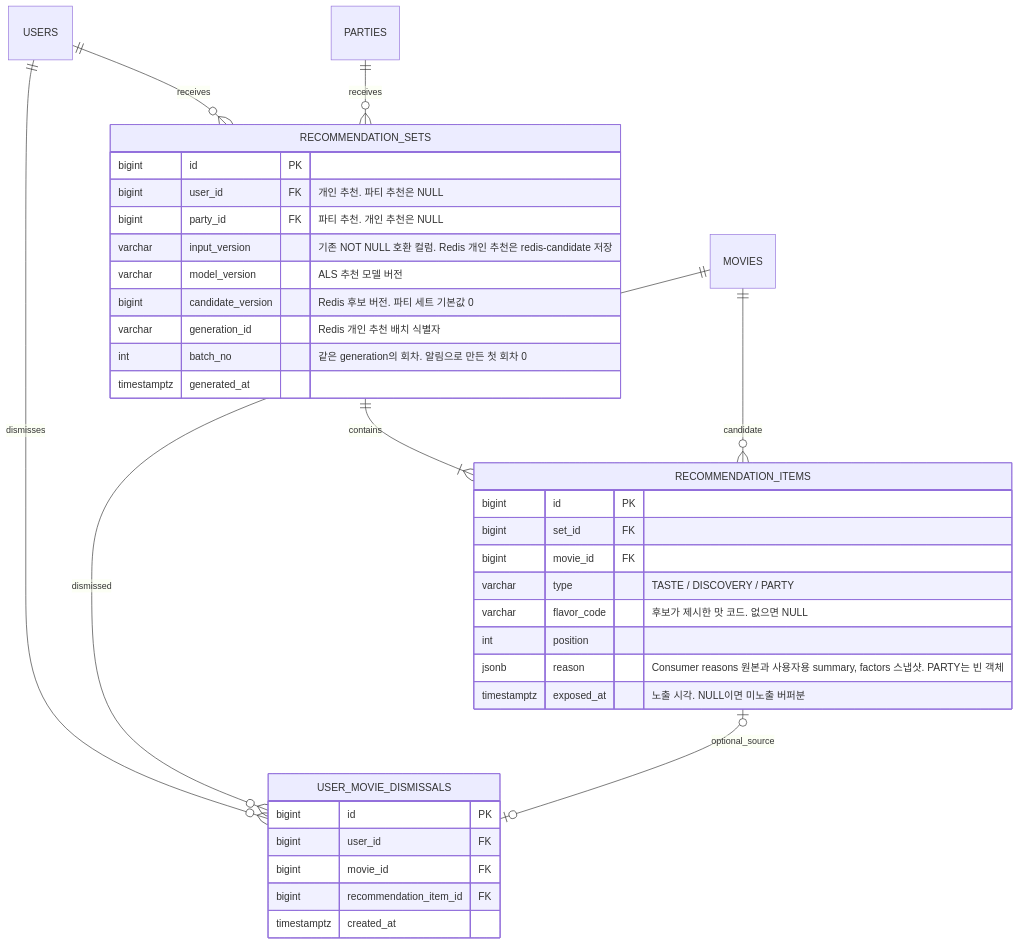
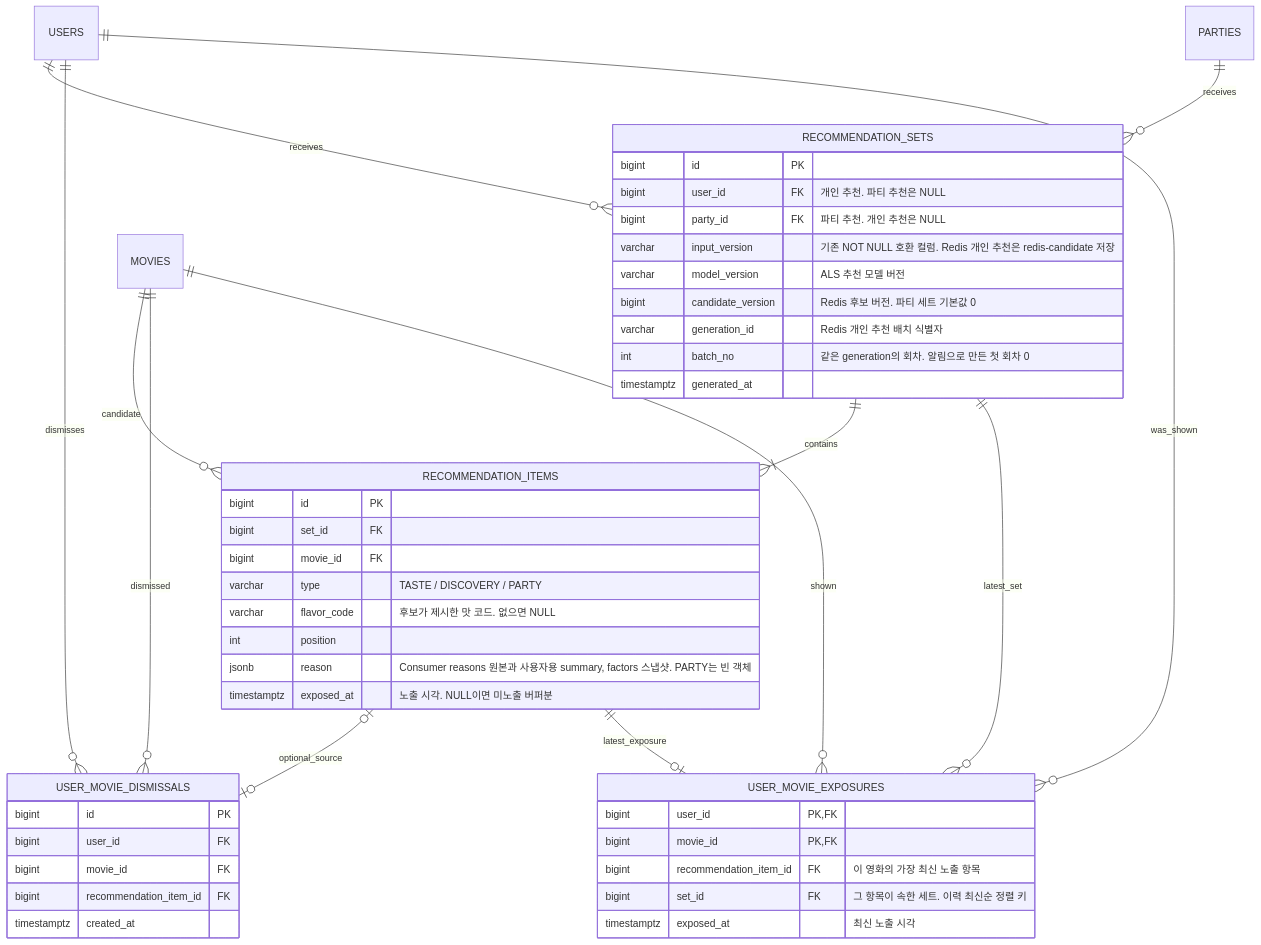
One commit to koongya-studio/feelm changed the fifth of 8 diagrams in docs/erd.md. Above: the diagram before and after it, drawn with Mermaid. The commit also changed other lines of this file and 4 other files, not shown here.

Commit message:
[S15P21E106-751] feat(be): 추천 이력 정본 테이블 user_movie_exposures 신설·백필

````diff
--- a/docs/erd.md
+++ b/docs/erd.md
@@ -347,39 +347,50 @@
 ```mermaid
 erDiagram
     RECOMMENDATION_SETS {
         bigint id PK
         bigint user_id FK "개인 추천. 파티 추천은 NULL"
         bigint party_id FK "파티 추천. 개인 추천은 NULL"
         varchar input_version "기존 NOT NULL 호환 컬럼. Redis 개인 추천은 redis-candidate 저장"
         varchar model_version "ALS 추천 모델 버전"
         bigint candidate_version "Redis 후보 버전. 파티 세트 기본값 0"
         varchar generation_id "Redis 개인 추천 배치 식별자"
         int batch_no "같은 generation의 회차. 알림으로 만든 첫 회차 0"
         timestamptz generated_at
     }
     RECOMMENDATION_ITEMS {
         bigint id PK
         bigint set_id FK
         bigint movie_id FK
         varchar type "TASTE / DISCOVERY / PARTY"
         varchar flavor_code "후보가 제시한 맛 코드. 없으면 NULL"
         int position
         jsonb reason "Consumer reasons 원본과 사용자용 summary, factors 스냅샷. PARTY는 빈 객체"
         timestamptz exposed_at "노출 시각. NULL이면 미노출 버퍼분"
     }
     USER_MOVIE_DISMISSALS {
         bigint id PK
         bigint user_id FK
         bigint movie_id FK
         bigint recommendation_item_id FK
         timestamptz created_at
     }
+    USER_MOVIE_EXPOSURES {
+        bigint user_id PK,FK
+        bigint movie_id PK,FK
+        bigint recommendation_item_id FK "이 영화의 가장 최신 노출 항목"
+        bigint set_id FK "그 항목이 속한 세트. 이력 최신순 정렬 키"
+        timestamptz exposed_at "최신 노출 시각"
+    }
 
     USERS ||--o{ RECOMMENDATION_SETS : receives
     PARTIES ||--o{ RECOMMENDATION_SETS : receives
     RECOMMENDATION_SETS ||--|{ RECOMMENDATION_ITEMS : contains
     MOVIES ||--o{ RECOMMENDATION_ITEMS : candidate
     USERS ||--o{ USER_MOVIE_DISMISSALS : dismisses
     MOVIES ||--o{ USER_MOVIE_DISMISSALS : dismissed
     RECOMMENDATION_ITEMS o|--o| USER_MOVIE_DISMISSALS : optional_source
+    USERS ||--o{ USER_MOVIE_EXPOSURES : was_shown
+    MOVIES ||--o{ USER_MOVIE_EXPOSURES : shown
+    RECOMMENDATION_ITEMS ||--o| USER_MOVIE_EXPOSURES : latest_exposure
+    RECOMMENDATION_SETS ||--o{ USER_MOVIE_EXPOSURES : latest_set
 ```
````
